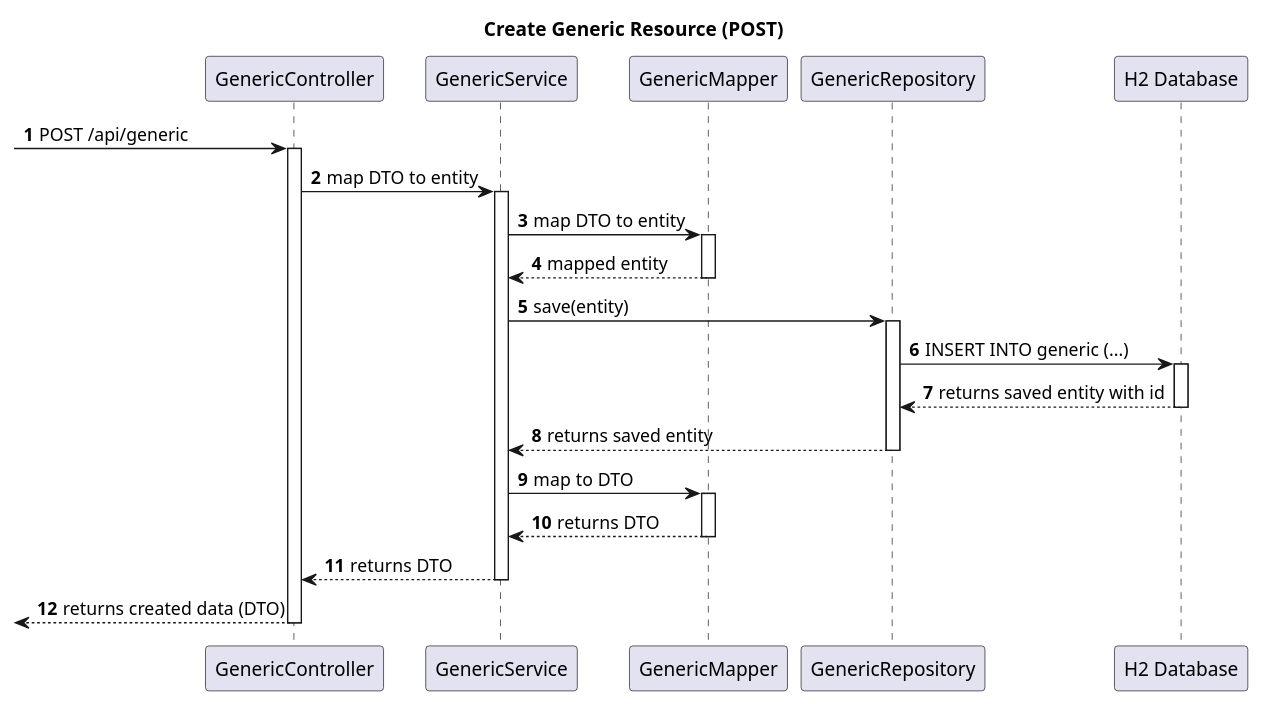
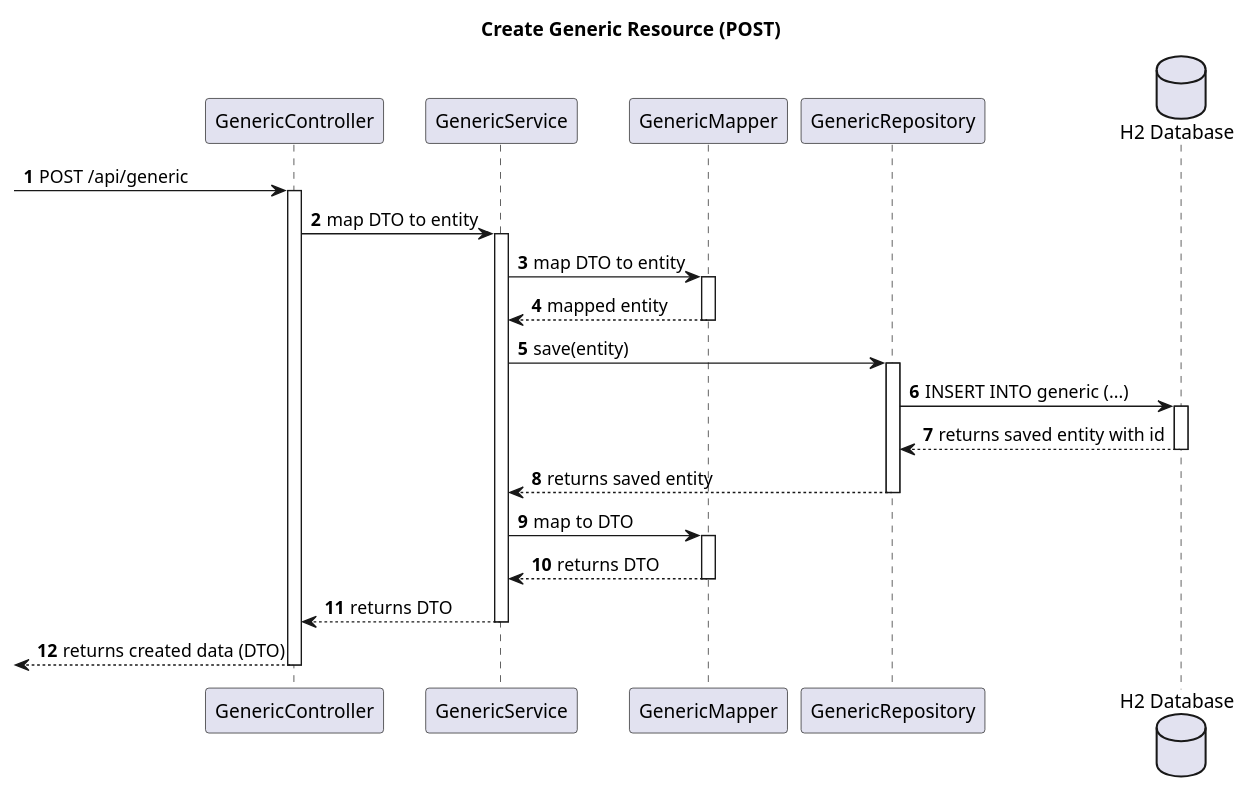
One commit to rutemf/1220944_1220772_G01 changed the diagram in Docs/System-As-Is/level3/genericSequenceDiagrams/post_sd.puml. Above: the diagram before and after it, drawn with PlantUML. The commit also changed 9 other files, not shown here.

Commit message:
Altering database icon on sequence diagrams

```diff
--- a/Docs/System-As-Is/level3/genericSequenceDiagrams/post_sd.puml
+++ b/Docs/System-As-Is/level3/genericSequenceDiagrams/post_sd.puml
@@ -1,49 +1,49 @@
 @startuml
 
 autonumber
 
 title Create Generic Resource (POST)
 
 participant "GenericController" as Controller
 participant "GenericService" as Service
 participant "GenericMapper" as Mapper
 participant "GenericRepository" as Repo
-participant "H2 Database" as H2DB
+database "H2 Database" as H2DB
 
 -> Controller: POST /api/generic
 activate Controller
 
     Controller -> Service: map DTO to entity
     activate Service
 
         Service -> Mapper: map DTO to entity
         activate Mapper
 
             Mapper --> Service: mapped entity
         deactivate Mapper
 
         Service -> Repo: save(entity)
         activate Repo
 
             Repo -> H2DB: INSERT INTO generic (...)
             activate H2DB
 
                 H2DB --> Repo: returns saved entity with id
             deactivate H2DB
 
             Repo --> Service: returns saved entity
         deactivate Repo
 
         Service -> Mapper: map to DTO
         activate Mapper
 
             Mapper --> Service: returns DTO
         deactivate Mapper
 
         Service --> Controller: returns DTO
     deactivate Service
 
 <-- Controller: returns created data (DTO)
 deactivate Controller
 
 @enduml
```
